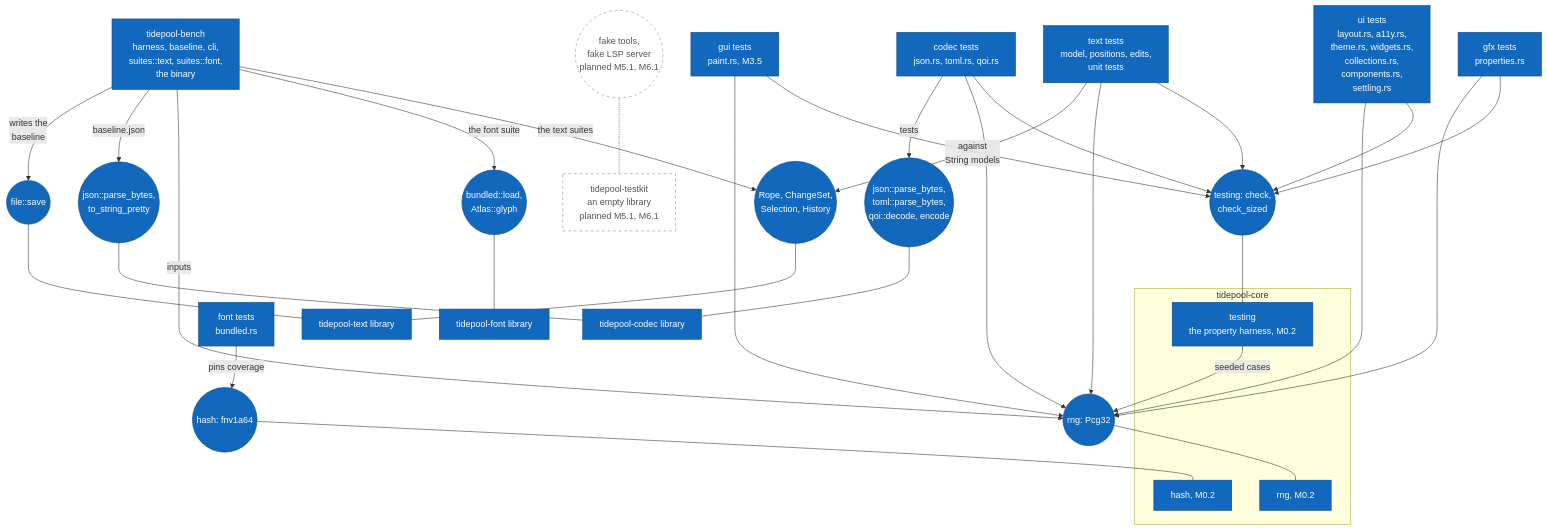
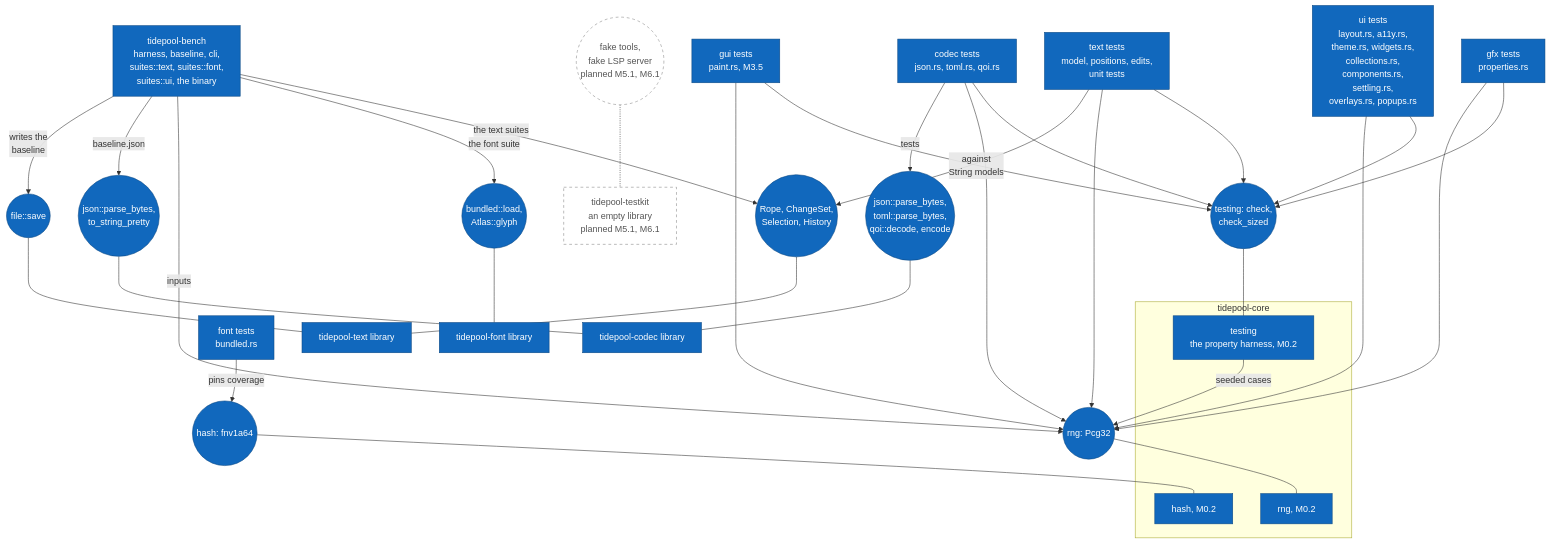
Diagram 21 of 21 in diagrams/component-diagrams.md (jabbott-iii/Tidepool), drawn with Mermaid before and after one commit. The commit also changed other lines of this file and 62 other files, not shown here.

````diff
--- a/diagrams/component-diagrams.md
+++ b/diagrams/component-diagrams.md
@@ -1328,67 +1336,67 @@
 ```mermaid
 flowchart TB
     c_ctests["codec tests<br/>json.rs, toml.rs, qoi.rs"]
     c_ttests["text tests<br/>model, positions, edits,<br/>unit tests"]
     c_gtests["gfx tests<br/>properties.rs"]
     c_ftests["font tests<br/>bundled.rs"]
-    c_utests["ui tests<br/>layout.rs, a11y.rs,<br/>theme.rs, widgets.rs,<br/>collections.rs,<br/>components.rs,<br/>settling.rs"]
+    c_utests["ui tests<br/>layout.rs, a11y.rs,<br/>theme.rs, widgets.rs,<br/>collections.rs,<br/>components.rs,<br/>settling.rs,<br/>overlays.rs, popups.rs"]
     c_guitests["gui tests<br/>paint.rs, M3.5"]
-    c_bench["tidepool-bench<br/>harness, baseline, cli,<br/>suites::text, suites::font,<br/>the binary"]
+    c_bench["tidepool-bench<br/>harness, baseline, cli,<br/>suites::text, suites::font,<br/>suites::ui, the binary"]
 
     i_check(("testing: check,<br/>check_sized"))
     i_pcg(("rng: Pcg32"))
     i_cparse(("json::parse_bytes,<br/>toml::parse_bytes,<br/>qoi::decode, encode"))
     i_tall(("Rope, ChangeSet,<br/>Selection, History"))
     i_bjson(("json::parse_bytes,<br/>to_string_pretty"))
     i_save(("file::save"))
     i_sha(("hash: fnv1a64"))
     i_fill(("bundled::load,<br/>Atlas::glyph"))
 
     subgraph sg_core["tidepool-core"]
         c_testing["testing<br/>the property harness, M0.2"]
         c_rng["rng, M0.2"]
         c_hash["hash, M0.2"]
     end
     c_codec["tidepool-codec library"]
     c_text["tidepool-text library"]
     c_font6["tidepool-font library"]
 
     c_testkit["tidepool-testkit<br/>an empty library<br/>planned M5.1, M6.1"]
     i_fakes(("fake tools,<br/>fake LSP server<br/>planned M5.1, M6.1"))
 
     c_ctests --> i_check
     c_ctests --> i_pcg
     c_ctests -->|"tests"| i_cparse
     c_ttests --> i_check
     c_ttests --> i_pcg
     c_ttests -->|"against<br/>String models"| i_tall
     c_gtests --> i_check
     c_gtests --> i_pcg
     c_ftests -->|"pins coverage"| i_sha
     c_utests --> i_check
     c_utests --> i_pcg
     c_guitests --> i_check
     c_guitests --> i_pcg
     c_bench -->|"the text suites"| i_tall
     c_bench -->|"the font suite"| i_fill
     c_bench -->|"inputs"| i_pcg
     c_bench -->|"baseline.json"| i_bjson
     c_bench -->|"writes the<br/>baseline"| i_save
 
     i_check --- c_testing
     c_testing -->|"seeded cases"| i_pcg
     i_pcg --- c_rng
     i_sha --- c_hash
     i_cparse --- c_codec
     i_bjson --- c_codec
     i_tall --- c_text
     i_save --- c_text
     i_fill --- c_font6
     i_fakes -.- c_testkit
 
     classDef built fill:#1168bd,stroke:#0b4884,color:#ffffff
     classDef planned fill:#ffffff,stroke:#888888,stroke-dasharray: 5 5,color:#555555
     class c_ctests,c_ttests,c_gtests,c_ftests,c_utests,c_guitests,c_bench,c_testing,c_rng,c_hash,c_codec,c_text,c_font6 built
     class i_check,i_pcg,i_cparse,i_tall,i_bjson,i_save,i_sha,i_fill built
     class c_testkit,i_fakes planned
 ```
````
